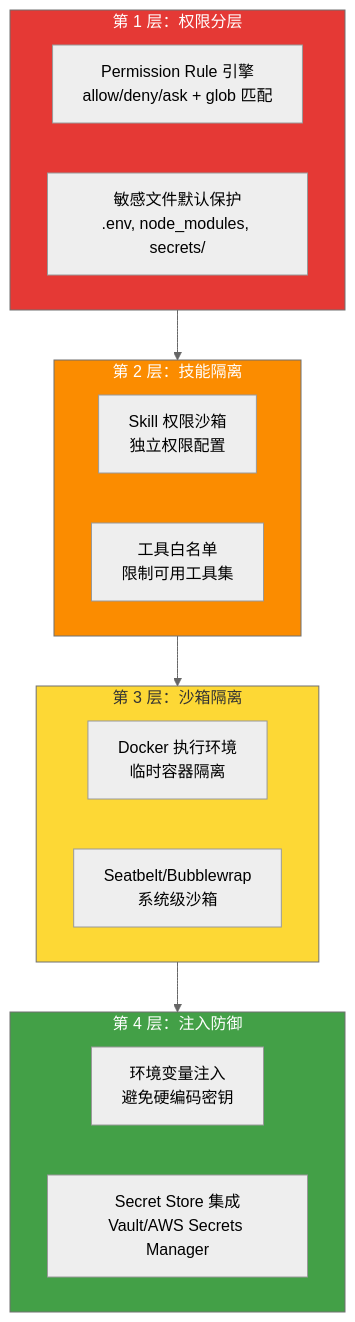
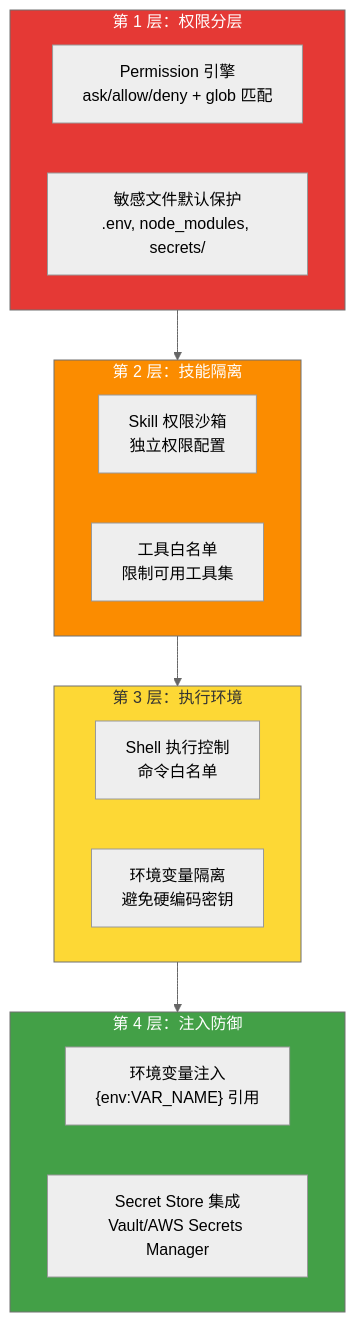
One commit to tonydeng/harness-engineering-from-oc-to-ai-coding changed the third of 3 diagrams in src/03-setup/opencode-config.md. Above: the diagram before and after it, drawn with Mermaid (neutral theme). The commit also changed other lines of this file and 39 other files, not shown here.

````diff
--- a/src/03-setup/opencode-config.md
+++ b/src/03-setup/opencode-config.md
@@ -558,29 +780,29 @@
 ```mermaid
 flowchart TB
     subgraph L1["第 1 层：权限分层"]
-        P1["Permission Rule 引擎<br/>allow/deny/ask + glob 匹配"]
+        P1["Permission 引擎<br/>ask/allow/deny + glob 匹配"]
         P2["敏感文件默认保护<br/>.env, node_modules, secrets/"]
     end
     
     subgraph L2["第 2 层：技能隔离"]
         S1["Skill 权限沙箱<br/>独立权限配置"]
         S2["工具白名单<br/>限制可用工具集"]
     end
     
-    subgraph L3["第 3 层：沙箱隔离"]
-        B1["Docker 执行环境<br/>临时容器隔离"]
-        B2["Seatbelt/Bubblewrap<br/>系统级沙箱"]
+    subgraph L3["第 3 层：执行环境"]
+        B1["Shell 执行控制<br/>命令白名单"]
+        B2["环境变量隔离<br/>避免硬编码密钥"]
     end
     
     subgraph L4["第 4 层：注入防御"]
-        I1["环境变量注入<br/>避免硬编码密钥"]
+        I1["环境变量注入<br/>{env:VAR_NAME} 引用"]
         I2["Secret Store 集成<br/>Vault/AWS Secrets Manager"]
     end
     
     L1 --> L2 --> L3 --> L4
-    
+
     style L1 fill:#e53935,color:#fff
     style L2 fill:#fb8c00,color:#fff
     style L3 fill:#fdd835,color:#333
     style L4 fill:#43a047,color:#fff
 ```
````
